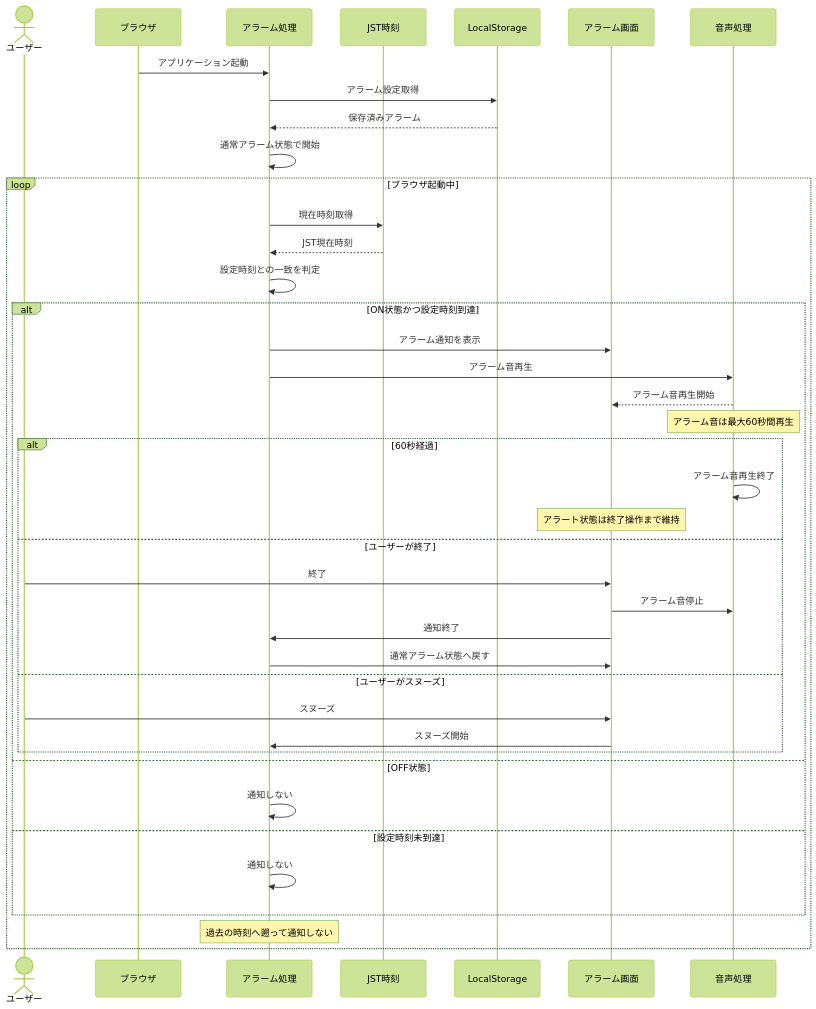
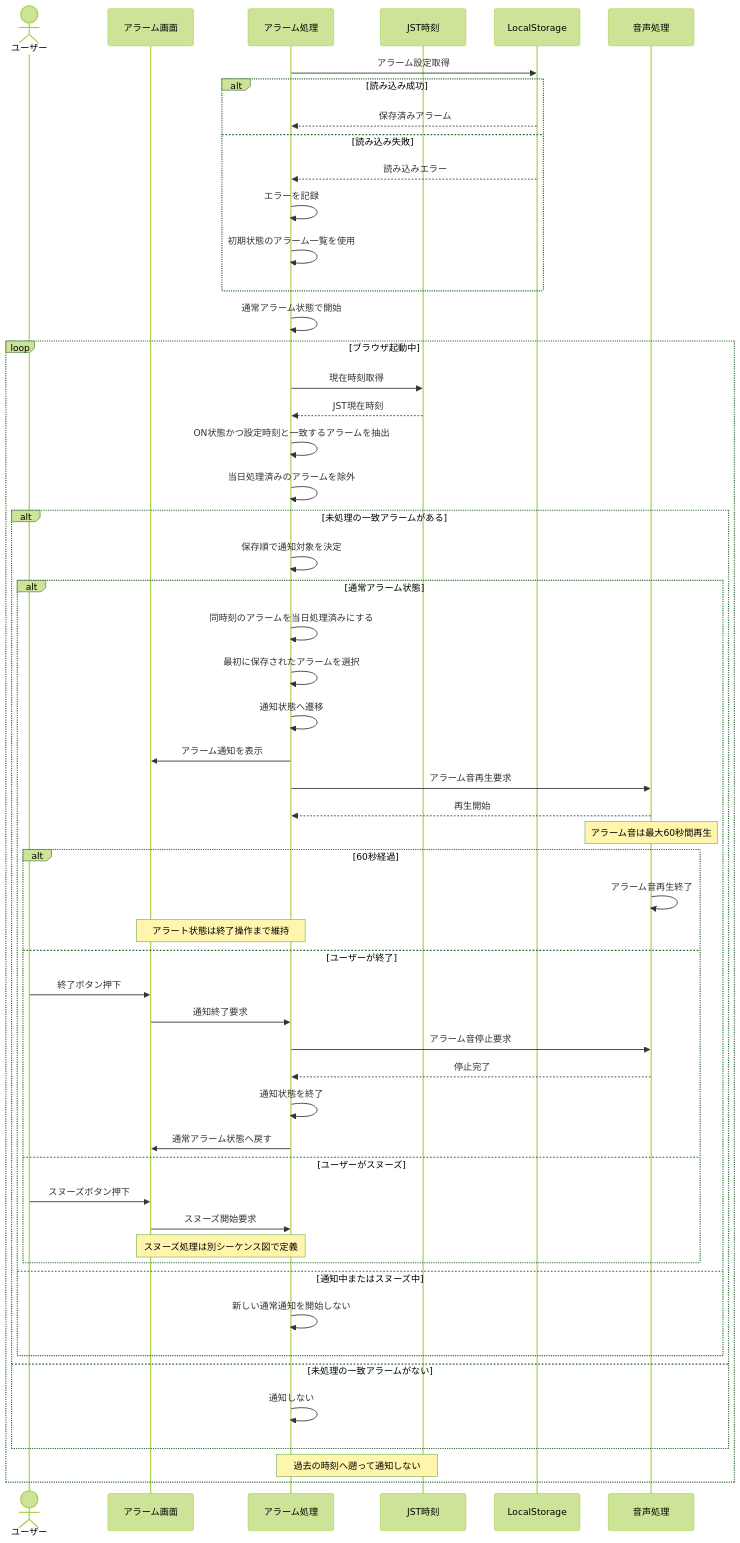
Before and after one commit to shun62201234-crypto/timerApplication: the third of 6 diagrams in document/設計/シーケンス図/アラームシーケンス図.md, drawn with Mermaid (forest theme). The commit also changed other lines of this file, not shown here.

Commit message:
アラームシーケンス図修正

````diff
--- a/document/設計/シーケンス図/アラームシーケンス図.md
+++ b/document/設計/シーケンス図/アラームシーケンス図.md
@@ -30,50 +93,68 @@
 ```mermaid
 sequenceDiagram
     actor ユーザー
-    participant Browser as ブラウザ
+    participant UI as アラーム画面
     participant Alarm as アラーム処理
     participant Clock as JST時刻
     participant Storage as LocalStorage
-    participant UI as アラーム画面
     participant Audio as 音声処理
 
-    Browser->>Alarm: アプリケーション起動
     Alarm->>Storage: アラーム設定取得
-    Storage-->>Alarm: 保存済みアラーム
+    alt 読み込み成功
+        Storage-->>Alarm: 保存済みアラーム
+    else 読み込み失敗
+        Storage-->>Alarm: 読み込みエラー
+        Alarm->>Alarm: エラーを記録
+        Alarm->>Alarm: 初期状態のアラーム一覧を使用
+    end
+
     Alarm->>Alarm: 通常アラーム状態で開始
 
     loop ブラウザ起動中
         Alarm->>Clock: 現在時刻取得
         Clock-->>Alarm: JST現在時刻
-        Alarm->>Alarm: 設定時刻との一致を判定
+        Alarm->>Alarm: ON状態かつ設定時刻と一致するアラームを抽出
+        Alarm->>Alarm: 当日処理済みのアラームを除外
 
-        alt ON状態かつ設定時刻到達
-            Alarm->>UI: アラーム通知を表示
-            Alarm->>Audio: アラーム音再生
-            Audio-->>UI: アラーム音再生開始
+        alt 未処理の一致アラームがある
+            Alarm->>Alarm: 保存順で通知対象を決定
 
-            Note over Audio: アラーム音は最大60秒間再生
+            alt 通常アラーム状態
+                Alarm->>Alarm: 同時刻のアラームを当日処理済みにする
 
-            alt 60秒経過
-                Audio->>Audio: アラーム音再生終了
-                Note over UI: アラート状態は終了操作まで維持
-            else ユーザーが終了
-                ユーザー->>UI: 終了
-                UI->>Audio: アラーム音停止
-                UI->>Alarm: 通知終了
-                Alarm->>UI: 通常アラーム状態へ戻す
-            else ユーザーがスヌーズ
-                ユーザー->>UI: スヌーズ
-                UI->>Alarm: スヌーズ開始
+                Alarm->>Alarm: 最初に保存されたアラームを選択
+                Alarm->>Alarm: 通知状態へ遷移
+                Alarm->>UI: アラーム通知を表示
+                Alarm->>Audio: アラーム音再生要求
+                Audio-->>Alarm: 再生開始
+
+                Note over Audio: アラーム音は最大60秒間再生
+
+                alt 60秒経過
+                    Audio->>Audio: アラーム音再生終了
+                    Note over UI,Alarm: アラート状態は終了操作まで維持
+
+                else ユーザーが終了
+                    ユーザー->>UI: 終了ボタン押下
+                    UI->>Alarm: 通知終了要求
+                    Alarm->>Audio: アラーム音停止要求
+                    Audio-->>Alarm: 停止完了
+                    Alarm->>Alarm: 通知状態を終了
+                    Alarm->>UI: 通常アラーム状態へ戻す
+                else ユーザーがスヌーズ
+                    ユーザー->>UI: スヌーズボタン押下
+                    UI->>Alarm: スヌーズ開始要求
+                    Note over Alarm,UI: スヌーズ処理は別シーケンス図で定義
+                end
+
+            else 通知中またはスヌーズ中
+                Alarm->>Alarm: 新しい通常通知を開始しない
             end
 
-        else OFF状態
-            Alarm->>Alarm: 通知しない
-
-        else 設定時刻未到達
+        else 未処理の一致アラームがない
             Alarm->>Alarm: 通知しない
         end
 
-        Note over Alarm: 過去の時刻へ遡って通知しない
+        Note over Alarm,Clock: 過去の時刻へ遡って通知しない
     end
 ```
````
